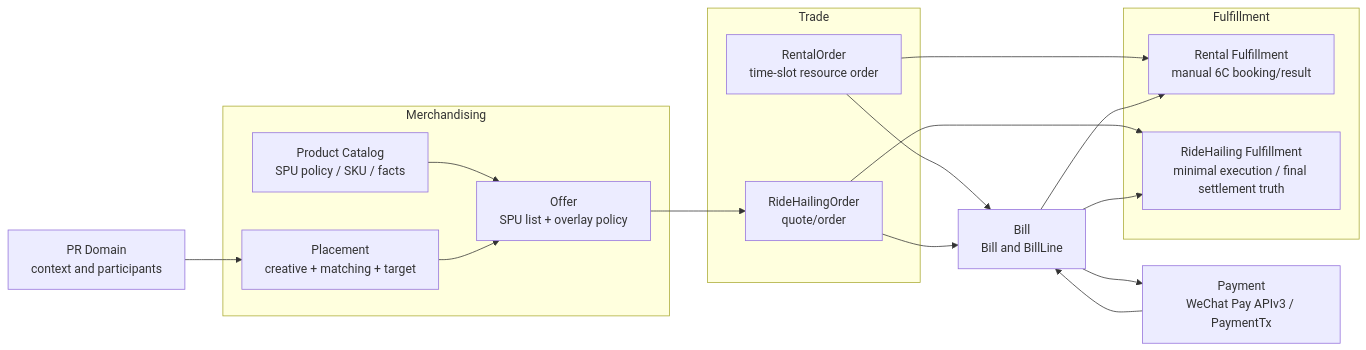
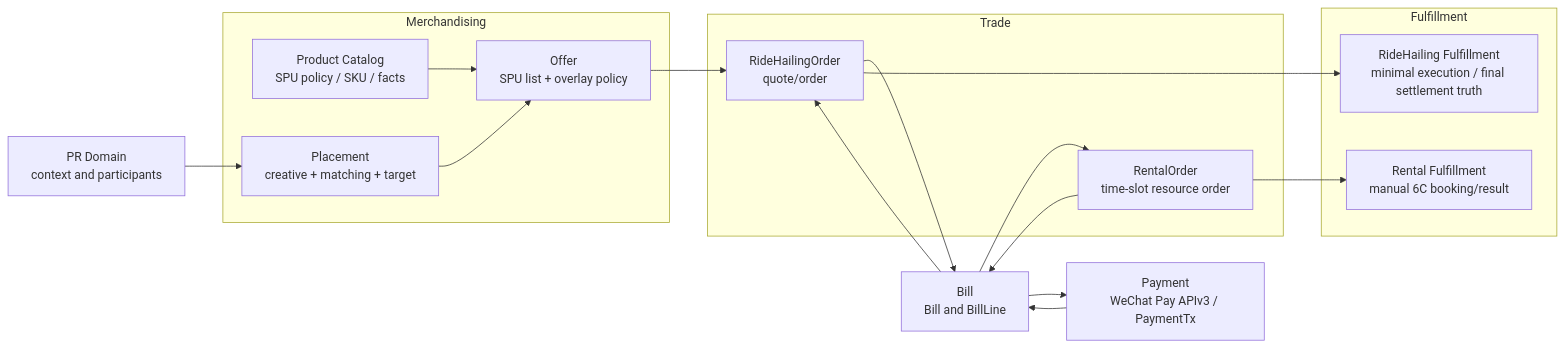
One commit to partner-up-dev/app changed the first of 2 diagrams in tasks/issue-231-ecommerce-mvp/40-domain-topology.md. Above: the diagram before and after it, drawn with Mermaid. The commit also changed other lines of this file and 52 other files, not shown here.

Commit message:
feat(commerce): add bill-line payment flow

````diff
--- a/tasks/issue-231-ecommerce-mvp/40-domain-topology.md
+++ b/tasks/issue-231-ecommerce-mvp/40-domain-topology.md
@@ -16,36 +16,36 @@
 ```mermaid
 flowchart LR
   PR["PR Domain\ncontext and participants"]
 
   subgraph Merchandising["Merchandising"]
     Product["Product Catalog\nSPU policy / SKU / facts"]
     Offer["Offer\nSPU list + overlay policy"]
     Placement["Placement\ncreative + matching + target"]
     Product --> Offer
     Placement --> Offer
   end
 
   subgraph Trade["Trade"]
     RentalOrder["RentalOrder\ntime-slot resource order"]
     RideOrder["RideHailingOrder\nquote/order"]
   end
 
   Bill["Bill\nBill and BillLine"]
   Payment["Payment\nWeChat Pay APIv3 / PaymentTx"]
 
   subgraph Fulfillment["Fulfillment"]
     RentalFulfillment["Rental Fulfillment\nmanual 6C booking/result"]
     RideFulfillment["RideHailing Fulfillment\nminimal execution / final settlement truth"]
   end
 
   PR --> Placement
   Offer --> RideOrder
   RentalOrder --> Bill
   RideOrder --> Bill
   Bill --> Payment
   Payment --> Bill
+  Bill --> RentalOrder
+  Bill --> RideOrder
   RentalOrder --> RentalFulfillment
   RideOrder --> RideFulfillment
-  Bill --> RentalFulfillment
-  Bill --> RideFulfillment
 ```
````
